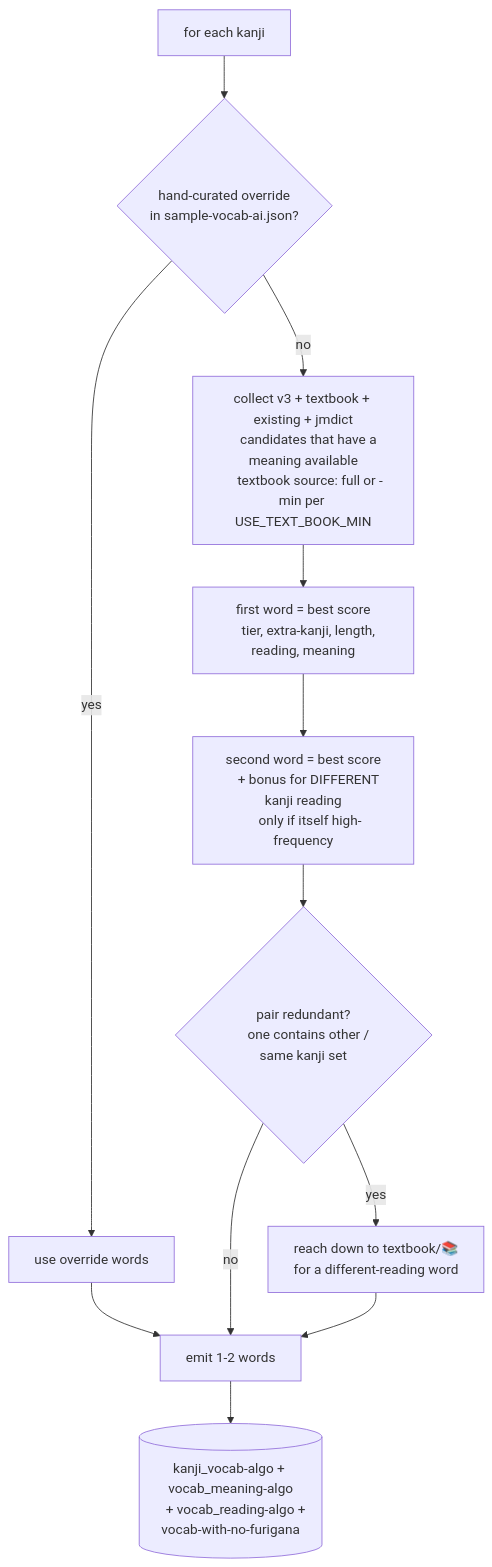
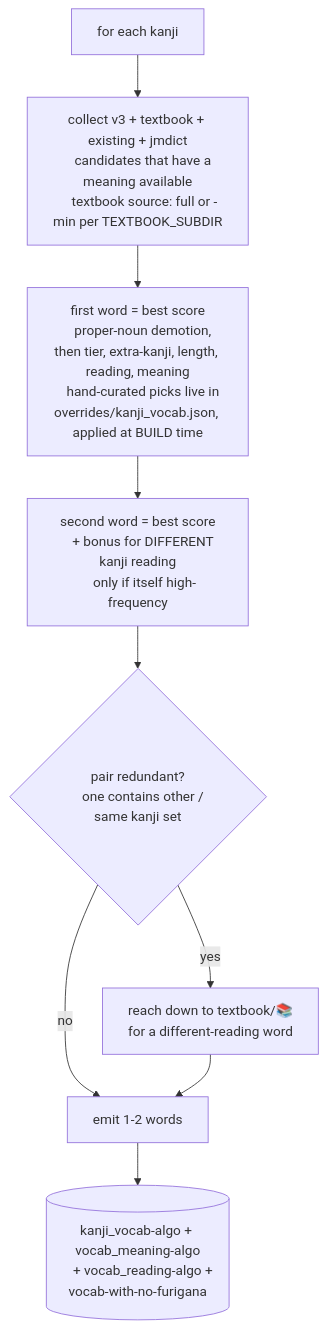
The fifth of 7 diagrams in notes/flowchart.md (PikaPikaGems/kanji-heatmap-data), drawn with Mermaid before and after one commit. The commit also changed other lines of this file and 22 other files, not shown here.

````diff
--- a/notes/flowchart.md
+++ b/notes/flowchart.md
@@ -222,22 +218,20 @@
 ```mermaid
 flowchart TD
-    K[for each kanji] --> OV{hand-curated override
-    in sample-vocab-ai.json?}
-    OV -- yes --> RES[use override words] --> EMIT
-    OV -- no --> C[collect v3 + textbook + existing + jmdict
+    K[for each kanji] --> C[collect v3 + textbook + existing + jmdict
     candidates that have a meaning available
-    textbook source: full or -min per USE_TEXT_BOOK_MIN]
+    textbook source: full or -min per TEXTBOOK_SUBDIR]
     C --> S1[first word = best score
-    tier, extra-kanji, length, reading, meaning]
+    proper-noun demotion, then tier, extra-kanji, length, reading, meaning
+    hand-curated picks live in overrides/kanji_vocab.json, applied at BUILD time]
     S1 --> S2[second word = best score
     + bonus for DIFFERENT kanji reading
     only if itself high-frequency]
     S2 --> RP{pair redundant?
     one contains other / same kanji set}
     RP -- yes --> ALT[reach down to textbook/📚
     for a different-reading word]
     RP -- no --> EMIT
     ALT --> EMIT[emit 1-2 words]
     EMIT --> W[(kanji_vocab-algo + vocab_meaning-algo
     + vocab_reading-algo + vocab-with-no-furigana)]
 ```
````
